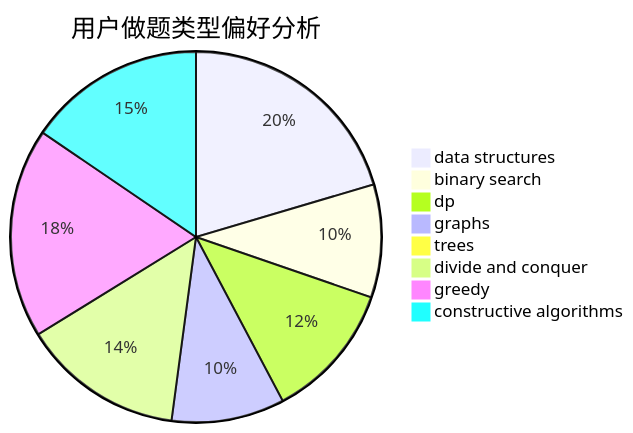
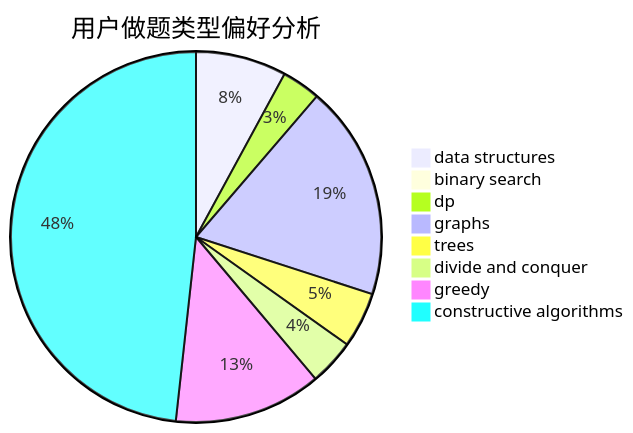
One commit to sherpahu/cfrs.github.io changed the second of 3 diagrams in docs/user/u1802.md. Above: the diagram before and after it, drawn with Mermaid. The commit also changed other lines of this file and 2770 other files, not shown here.

````diff
--- a/docs/user/u1802.md
+++ b/docs/user/u1802.md
@@ -23,11 +23,11 @@
 ```mermaid
 pie title 用户做题类型偏好分析
-    "data structures" :  29
-    "binary search" :  14
-    "dp" :  17
-    "graphs" :  14
-    "trees" :  0
-    "divide and conquer" :  20
-    "greedy" :  26
-    "constructive algorithms" :  22
+    "data structures" :  75
+    "binary search" :  5
+    "dp" :  32
+    "graphs" :  177
+    "trees" :  46
+    "divide and conquer" :  38
+    "greedy" :  122
+    "constructive algorithms" :  457
 ```
````
